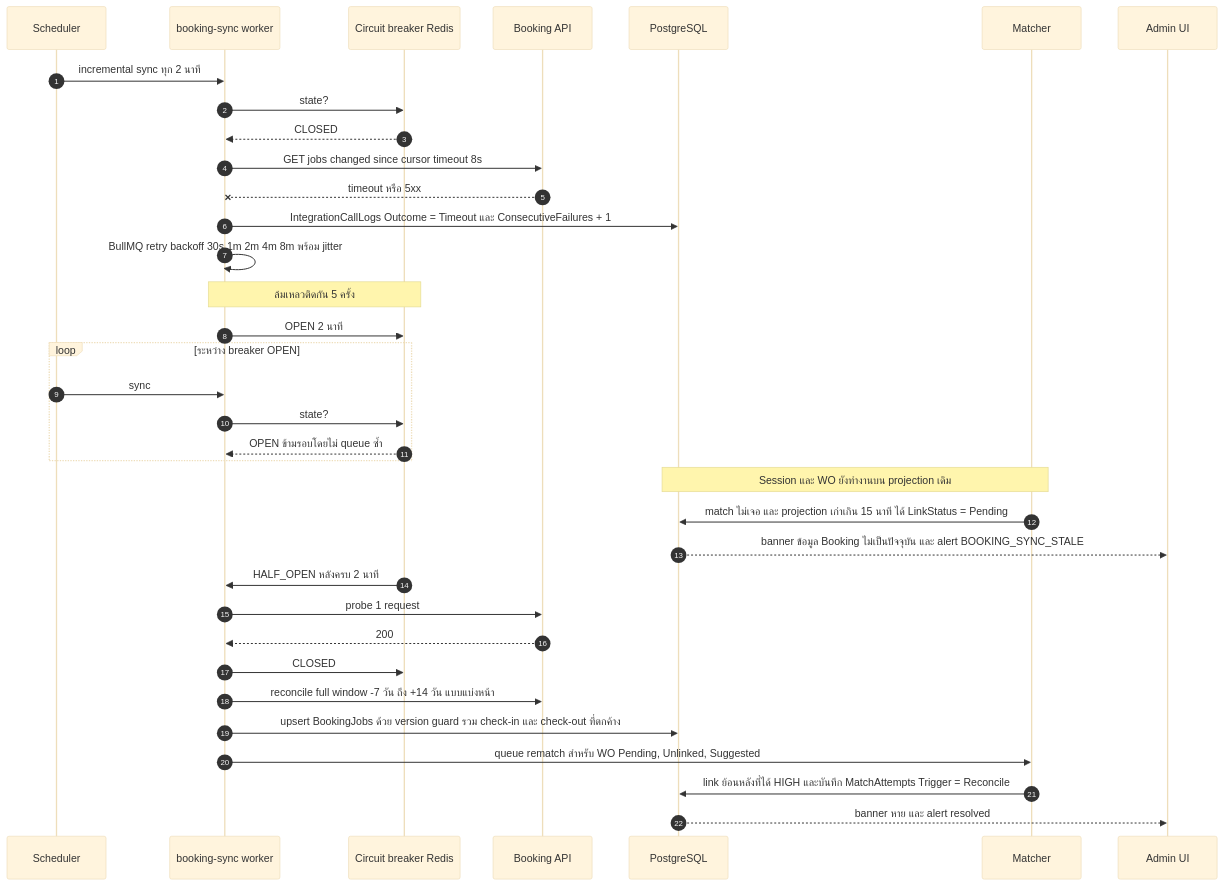
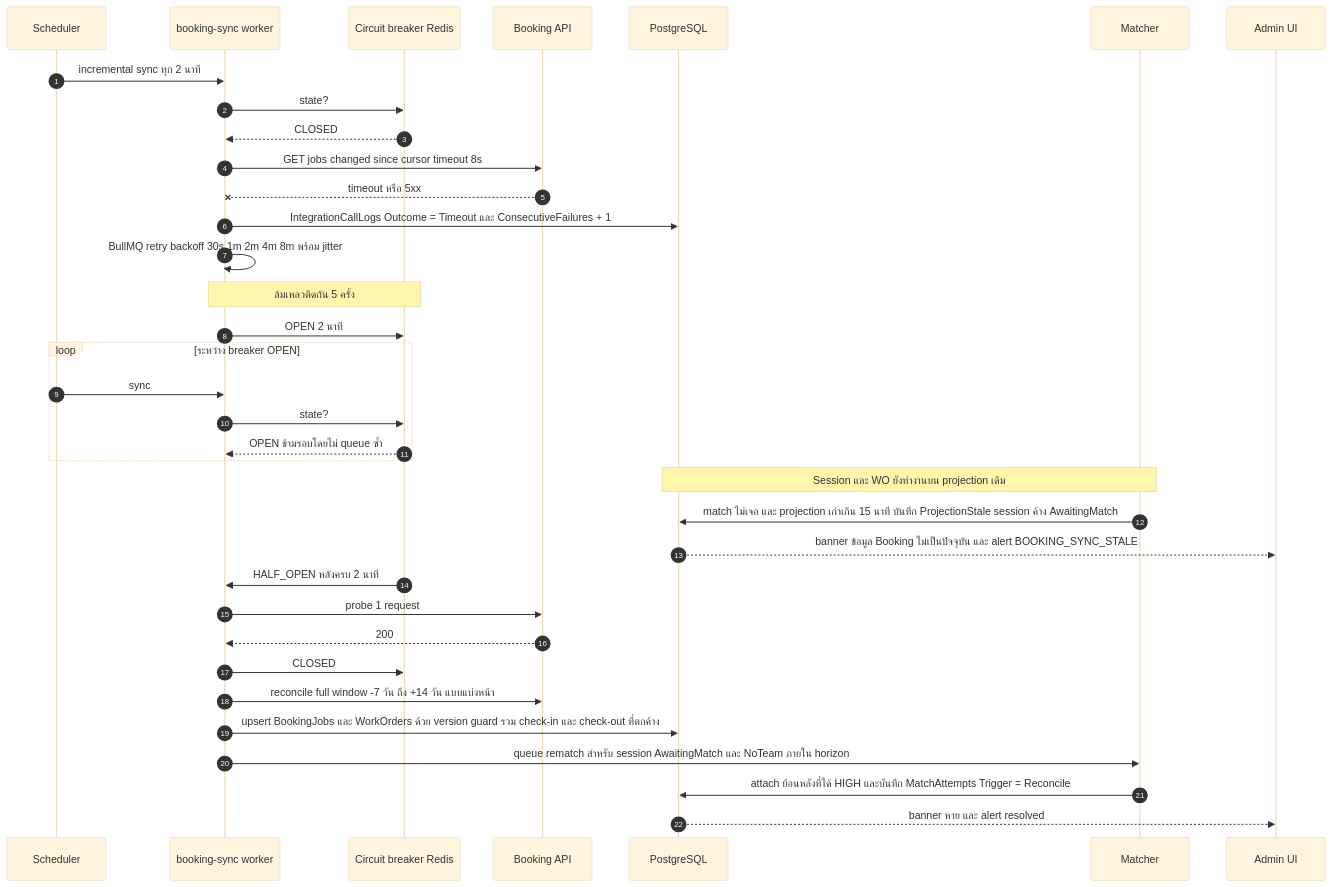
One commit to b-werayut/psd-bodycam-v1.0 changed the eighth of 10 diagrams in docs/blueprint/03-business-workflows.md. Above: the diagram before and after it, drawn with Mermaid (base theme). The commit also changed other lines of this file and 304 other files, not shown here.

````diff
--- a/docs/blueprint/03-business-workflows.md
+++ b/docs/blueprint/03-business-workflows.md
@@ -379,38 +350,38 @@
 ```mermaid
 sequenceDiagram
   autonumber
   participant SCH as Scheduler
   participant SY as booking-sync worker
   participant CB as Circuit breaker Redis
   participant BK as Booking API
   participant DB as PostgreSQL
   participant M as Matcher
   participant ADM as Admin UI
 
   SCH->>SY: incremental sync ทุก 2 นาที
   SY->>CB: state?
   CB-->>SY: CLOSED
   SY->>BK: GET jobs changed since cursor timeout 8s
   BK--xSY: timeout หรือ 5xx
   SY->>DB: IntegrationCallLogs Outcome = Timeout และ ConsecutiveFailures + 1
   SY->>SY: BullMQ retry backoff 30s 1m 2m 4m 8m พร้อม jitter
   Note over SY,CB: ล้มเหลวติดกัน 5 ครั้ง
   SY->>CB: OPEN 2 นาที
   loop ระหว่าง breaker OPEN
     SCH->>SY: sync
     SY->>CB: state?
     CB-->>SY: OPEN ข้ามรอบโดยไม่ queue ซ้ำ
   end
   Note over M,DB: Session และ WO ยังทำงานบน projection เดิม
-  M->>DB: match ไม่เจอ และ projection เก่าเกิน 15 นาที ได้ LinkStatus = Pending
+  M->>DB: match ไม่เจอ และ projection เก่าเกิน 15 นาที บันทึก ProjectionStale session ค้าง AwaitingMatch
   DB-->>ADM: banner ข้อมูล Booking ไม่เป็นปัจจุบัน และ alert BOOKING_SYNC_STALE
   CB->>SY: HALF_OPEN หลังครบ 2 นาที
   SY->>BK: probe 1 request
   BK-->>SY: 200
   SY->>CB: CLOSED
   SY->>BK: reconcile full window -7 วัน ถึง +14 วัน แบบแบ่งหน้า
-  SY->>DB: upsert BookingJobs ด้วย version guard รวม check-in และ check-out ที่ตกค้าง
-  SY->>M: queue rematch สำหรับ WO Pending, Unlinked, Suggested
-  M->>DB: link ย้อนหลังที่ได้ HIGH และบันทึก MatchAttempts Trigger = Reconcile
+  SY->>DB: upsert BookingJobs และ WorkOrders ด้วย version guard รวม check-in และ check-out ที่ตกค้าง
+  SY->>M: queue rematch สำหรับ session AwaitingMatch และ NoTeam ภายใน horizon
+  M->>DB: attach ย้อนหลังที่ได้ HIGH และบันทึก MatchAttempts Trigger = Reconcile
   DB-->>ADM: banner หาย และ alert resolved
 ```
````
